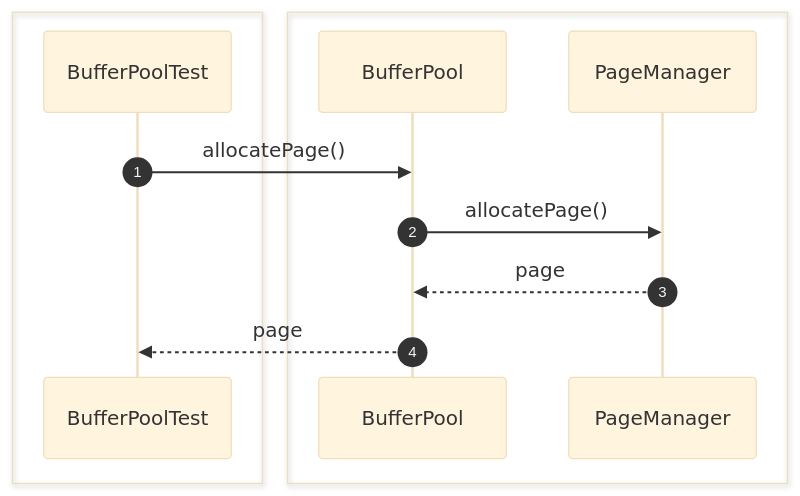
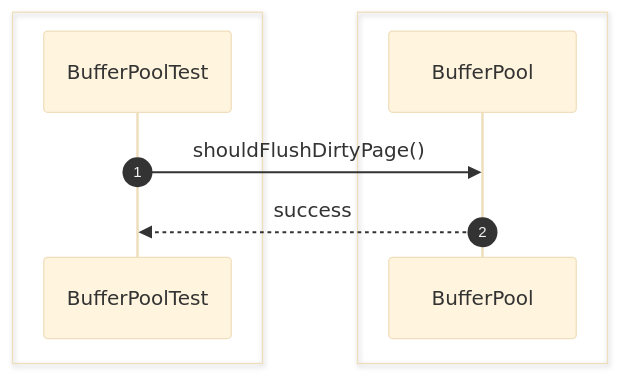
The fourth of 44 diagrams in src/sequence/storage-engine.md (Huy1801214/dbms-architecture), drawn with Mermaid (base theme) before and after one commit. The commit also changed other lines of this file and 68 other files, not shown here.

Commit message:
implement comprehensive unit test suite and architectural sequence documentation

````diff
--- a/src/sequence/storage-engine.md
+++ b/src/sequence/storage-engine.md
@@ -57,17 +51,13 @@
 ```mermaid
 sequenceDiagram
     autonumber
-
     box #e1f5fe Test Suite
     participant Test as BufferPoolTest
     end
-    box #e0f2f1 Storage Components
-    participant Buffer as BufferPool
-    participant PageManager as PageManager
+    box #e0f2f1 BufferPool Component
+    participant BP as BufferPool
     end
 
-    Test->>Buffer: allocatePage()
-    Buffer->>PageManager: allocatePage()
-    PageManager-->>Buffer: page
-    Buffer-->>Test: page
+    Test->>BP: shouldFlushDirtyPage()
+    BP-->>Test: success
 ```
````
